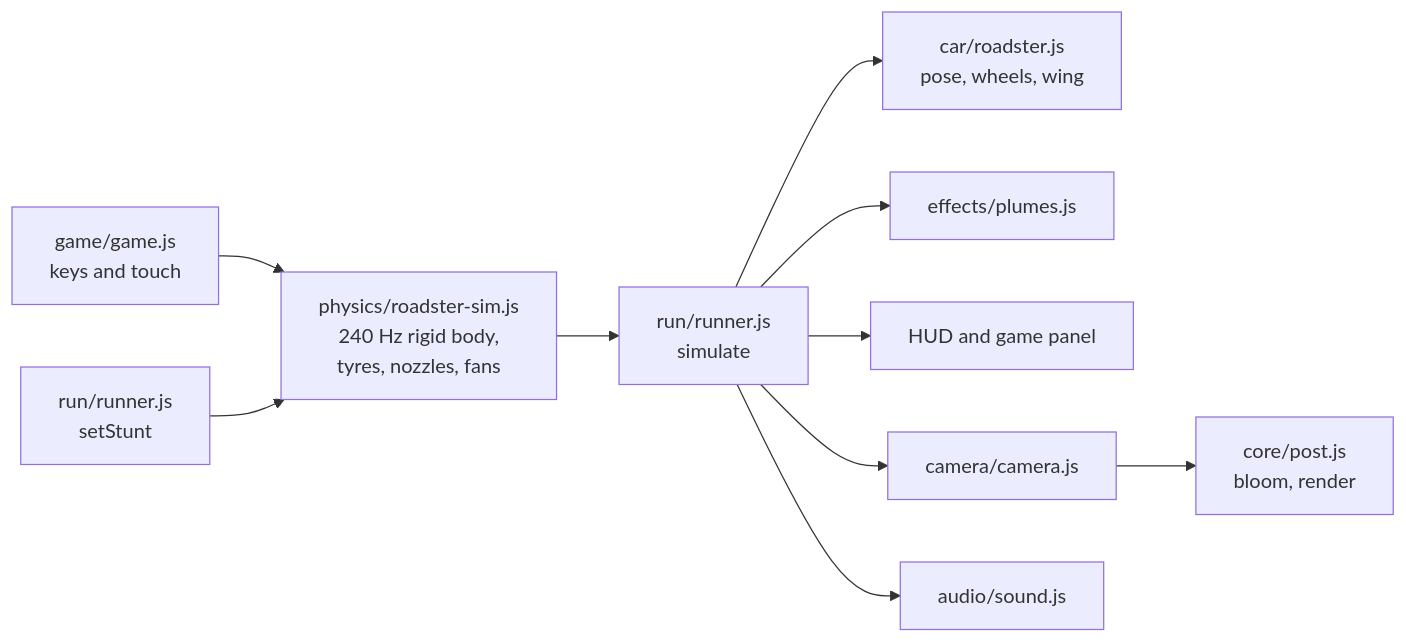
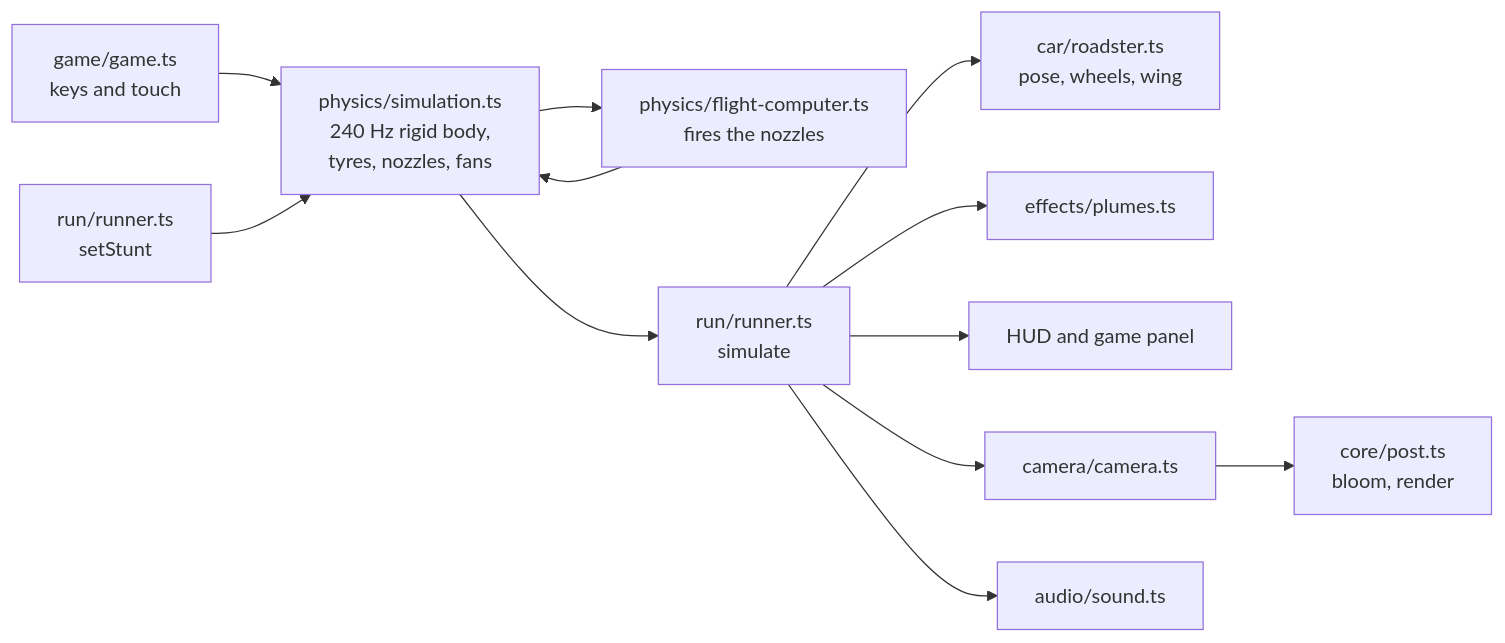
Before and after one commit to Aashishgtbit/roadster-liftoff: the diagram in CONTRIBUTING.md, drawn with Mermaid. The commit also changed other lines of this file and 68 other files, not shown here.

````diff
--- a/CONTRIBUTING.md
+++ b/CONTRIBUTING.md
@@ -16,12 +17,14 @@
 ```mermaid
 flowchart LR
-  input[game/game.js<br>keys and touch] --> sim
-  stunt[run/runner.js<br>setStunt] --> sim
-  sim[physics/roadster-sim.js<br>240 Hz rigid body,<br>tyres, nozzles, fans] --> runner[run/runner.js<br>simulate]
-  runner --> car[car/roadster.js<br>pose, wheels, wing]
-  runner --> plumes[effects/plumes.js]
+  input[game/game.ts<br>keys and touch] --> sim
+  stunt[run/runner.ts<br>setStunt] --> sim
+  sim[physics/simulation.ts<br>240 Hz rigid body,<br>tyres, nozzles, fans] --> fc[physics/flight-computer.ts<br>fires the nozzles]
+  fc --> sim
+  sim --> runner[run/runner.ts<br>simulate]
+  runner --> car[car/roadster.ts<br>pose, wheels, wing]
+  runner --> plumes[effects/plumes.ts]
   runner --> hud[HUD and game panel]
-  runner --> camera[camera/camera.js]
-  runner --> sound[audio/sound.js]
-  camera --> post[core/post.js<br>bloom, render]
+  runner --> camera[camera/camera.ts]
+  runner --> sound[audio/sound.ts]
+  camera --> post[core/post.ts<br>bloom, render]
 ```
````
